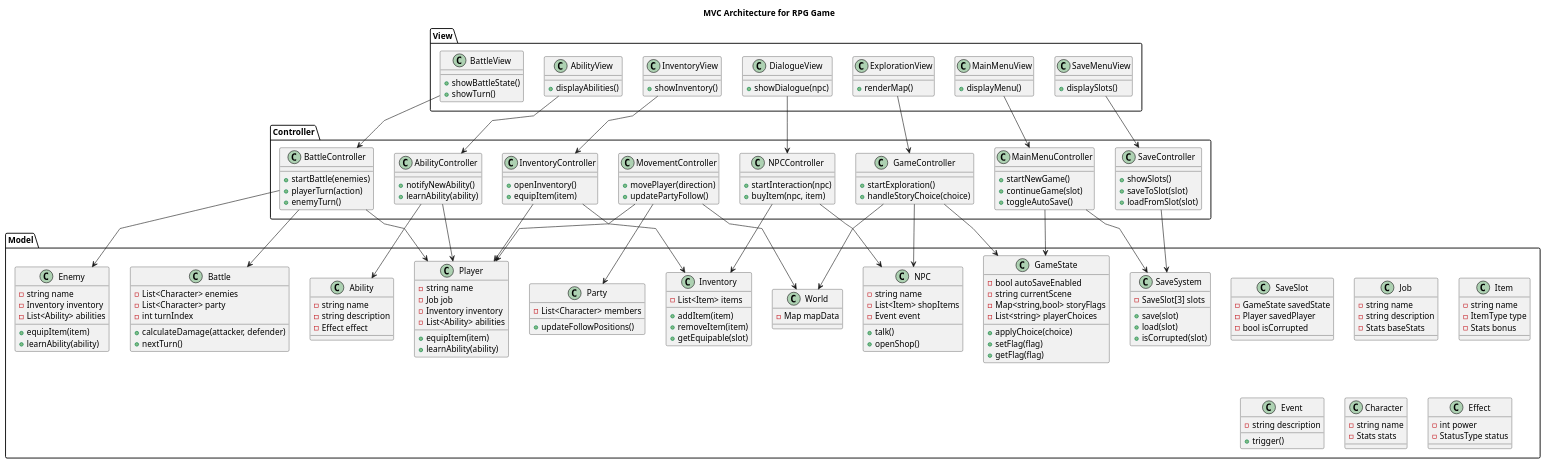
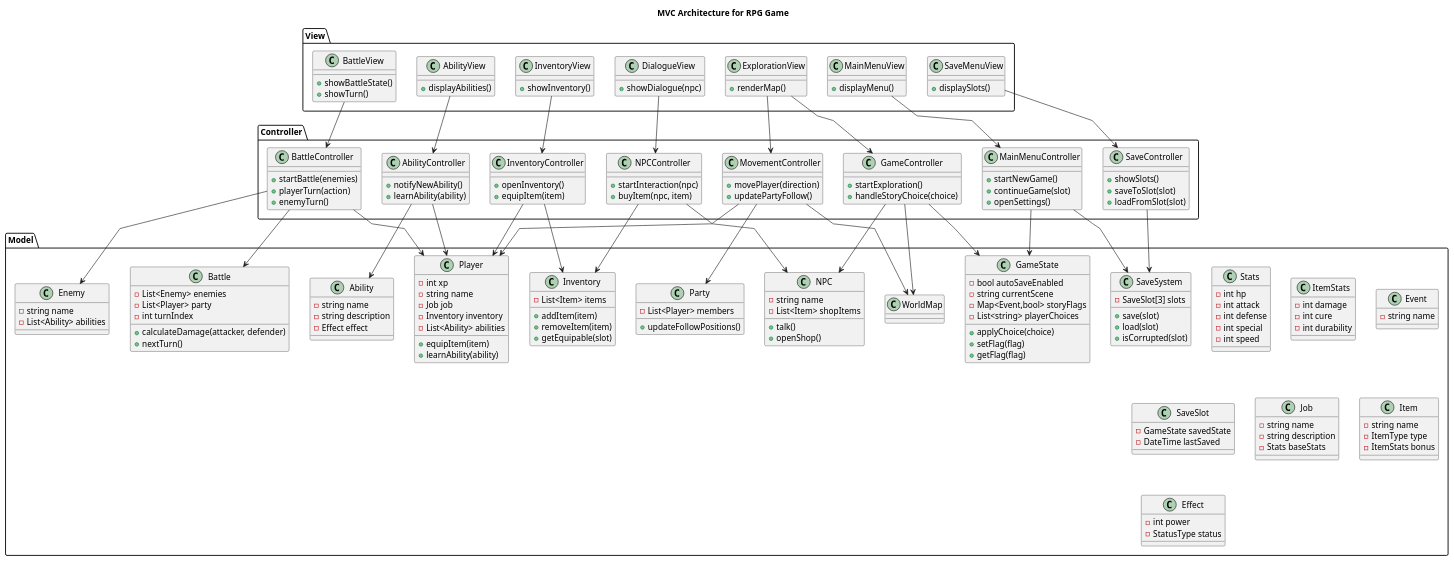
One commit to samMM-cs/iss-team2 changed the diagram in mvc2.puml. Above: the diagram before and after it, drawn with PlantUML.

Commit message:
updated mvc2

```diff
--- a/mvc2.puml
+++ b/mvc2.puml
@@ -2,219 +2,222 @@
 skinparam Linetype polyline
 title MVC Architecture for RPG Game
 
-' ===========================
-'          MODEL
-' ===========================
+
+
+
 
 package "Model" {
 
-  class GameState {
-      - bool autoSaveEnabled
-      - string currentScene
-      - Map<string,bool> storyFlags
-      - List<string> playerChoices
-      + applyChoice(choice)
-      + setFlag(flag)
-      + getFlag(flag)
-  }
+    class Stats {
+        - int hp
+        - int attack
+        - int defense
+        - int special
+        - int speed
+    }
 
-  class SaveSystem {
-      - SaveSlot[3] slots
-      + save(slot)
-      + load(slot)
-      + isCorrupted(slot)
-  }
+    class ItemStats {
+        - int damage
+        - int cure
+        - int durability
+    }
 
-  class SaveSlot {
-      - GameState savedState
-      - Player savedPlayer
-      - bool isCorrupted
-  }
+    class Event {
+        - string name
+    }
 
-  class Player {
-      - string name
-      - Job job
-      - Inventory inventory
-      - List<Ability> abilities
-      + equipItem(item)
-      + learnAbility(ability)
-  }
+    class GameState {
+        - bool autoSaveEnabled
+        - string currentScene
+        - Map<Event,bool> storyFlags
+        - List<string> playerChoices
+        + applyChoice(choice)
+        + setFlag(flag)
+        + getFlag(flag)
+    }
 
-  class Job {
-      - string name
-      - string description
-      - Stats baseStats
-  }
+    class SaveSystem {
+        - SaveSlot[3] slots
+        + save(slot)
+        + load(slot)
+        + isCorrupted(slot)
+    }
 
-  class Inventory {
-      - List<Item> items
-      + addItem(item)
-      + removeItem(item)
-      + getEquipable(slot)
-  }
+    class SaveSlot {
+        - GameState savedState
+        - DateTime lastSaved
+    }
 
-  class Item {
-      - string name
-      - ItemType type
-      - Stats bonus
-  }
+    class Player {
+        - int xp
+        - string name
+        - Job job
+        - Inventory inventory
+        - List<Ability> abilities
+        + equipItem(item)
+        + learnAbility(ability)
+    }
 
-  class NPC {
-      - string name
-      - List<Item> shopItems
-      - Event event
-      + talk()
-      + openShop()
-  }
+    class Job {
+        - string name
+        - string description
+        - Stats baseStats
+    }
 
-  class Event {
-      - string description
-      + trigger()
-  }
+    class Inventory {
+        - List<Item> items
+        + addItem(item)
+        + removeItem(item)
+        + getEquipable(slot)
+    }
 
-  class World {
-      - Map mapData
-  }
+    class Item {
+        - string name
+        - ItemType type
+        - ItemStats bonus
+    }
 
-  class Party {
-      - List<Character> members
-      + updateFollowPositions()
-  }
+    class NPC {
+        - string name
+        - List<Item> shopItems
+        + talk()
+        + openShop()
+    }
 
-  class Character {
-      - string name
-      - Stats stats
-  }
+    class WorldMap {
+    }
 
-  class Battle {
-      - List<Character> enemies
-      - List<Character> party
-      - int turnIndex
-      + calculateDamage(attacker, defender)
-      + nextTurn()
-  }
+    class Party {
+        - List<Player> members
+        + updateFollowPositions()
+    }
 
-  class Ability {
-      - string name
-      - string description
-      - Effect effect
-  }
+    class Battle {
+        - List<Enemy> enemies
+        - List<Player> party
+        - int turnIndex
+        + calculateDamage(attacker, defender)
+        + nextTurn()
+    }
 
-  class Effect {
-      - int power
-      - StatusType status
-  }
+    class Ability {
+        - string name
+        - string description
+        - Effect effect
+    }
 
-  class Enemy {
-      - string name
-      - Inventory inventory
-      - List<Ability> abilities
-      + equipItem(item)
-      + learnAbility(ability)
-  }
+    class Effect {
+        - int power
+        - StatusType status
+    }
+
+    class Enemy {
+        - string name
+        - List<Ability> abilities
+    }
 
 }
 
-' ===========================
-'          CONTROLLER
-' ===========================
+
+
+
 
 package "Controller" {
 
-  class MainMenuController {
-      + startNewGame()
-      + continueGame(slot)
-      + toggleAutoSave()
-  }
+    class MainMenuController {
+        + startNewGame()
+        + continueGame(slot)
+        + openSettings()
+    }
 
-  class SaveController {
-      + showSlots()
-      + saveToSlot(slot)
-      + loadFromSlot(slot)
-  }
+    class SaveController {
+        + showSlots()
+        + saveToSlot(slot)
+        + loadFromSlot(slot)
+    }
 
-  class GameController {
-      + startExploration()
-      + handleStoryChoice(choice)
-  }
+    class GameController {
+        + startExploration()
+        + handleStoryChoice(choice)
+    }
 
-  class InventoryController {
-      + openInventory()
-      + equipItem(item)
-  }
+    class InventoryController {
+        + openInventory()
+        + equipItem(item)
+    }
 
-  class NPCController {
-      + startInteraction(npc)
-      + buyItem(npc, item)
-  }
+    class NPCController {
+        + startInteraction(npc)
+        + buyItem(npc, item)
+    }
 
-  class MovementController {
-      + movePlayer(direction)
-      + updatePartyFollow()
-  }
+    class MovementController {
+        + movePlayer(direction)
+        + updatePartyFollow()
+    }
 
-  class BattleController {
-      + startBattle(enemies)
-      + playerTurn(action)
-      + enemyTurn()
-  }
+    class BattleController {
+        + startBattle(enemies)
+        + playerTurn(action)
+        + enemyTurn()
+    }
 
-  class AbilityController {
-      + notifyNewAbility()
-      + learnAbility(ability)
-  }
+    class AbilityController {
+        + notifyNewAbility()
+        + learnAbility(ability)
+    }
 
 }
 
-' ===========================
-'          VIEW
-' ===========================
+
+
+
 
 package "View" {
 
-  class MainMenuView {
-      + displayMenu()
-  }
+    class MainMenuView {
+        + displayMenu()
+    }
 
-  class SaveMenuView {
-      + displaySlots()
-  }
+    class SaveMenuView {
+        + displaySlots()
+    }
 
-  class InventoryView {
-      + showInventory()
-  }
+    class InventoryView {
+        + showInventory()
+    }
 
-  class DialogueView {
-      + showDialogue(npc)
-  }
+    class DialogueView {
+        + showDialogue(npc)
+    }
 
-  class BattleView {
-      + showBattleState()
-      + showTurn()
-  }
+    class BattleView {
+        + showBattleState()
+        + showTurn()
+    }
 
-  class ExplorationView {
-      + renderMap()
-  }
+    class ExplorationView {
+        + renderMap()
+    }
 
-  class AbilityView {
-      + displayAbilities()
-  }
+    class AbilityView {
+        + displayAbilities()
+    }
 
 }
 
-' ===========================
-'       RELATIONSHIPS
-' ===========================
 
-' Controllers use Models
+
+
+
+
 MainMenuController --> GameState
 MainMenuController --> SaveSystem
 
 SaveController --> SaveSystem
 
 GameController --> GameState
-GameController --> World
+GameController --> WorldMap
 GameController --> NPC
 
 InventoryController --> Inventory
@@ -225,7 +228,7 @@
 
 MovementController --> Player
 MovementController --> Party
-MovementController --> World
+MovementController --> WorldMap
 
 BattleController --> Battle
 BattleController --> Player
@@ -234,7 +237,7 @@
 AbilityController --> Ability
 AbilityController --> Player
 
-' Controllers update Views
+
 MainMenuView --> MainMenuController 
 SaveMenuView --> SaveController 
 InventoryView --> InventoryController 
@@ -242,5 +245,5 @@
 ExplorationView --> GameController 
 BattleView --> BattleController 
 AbilityView --> AbilityController 
-
+ExplorationView --> MovementController
 @enduml
```
